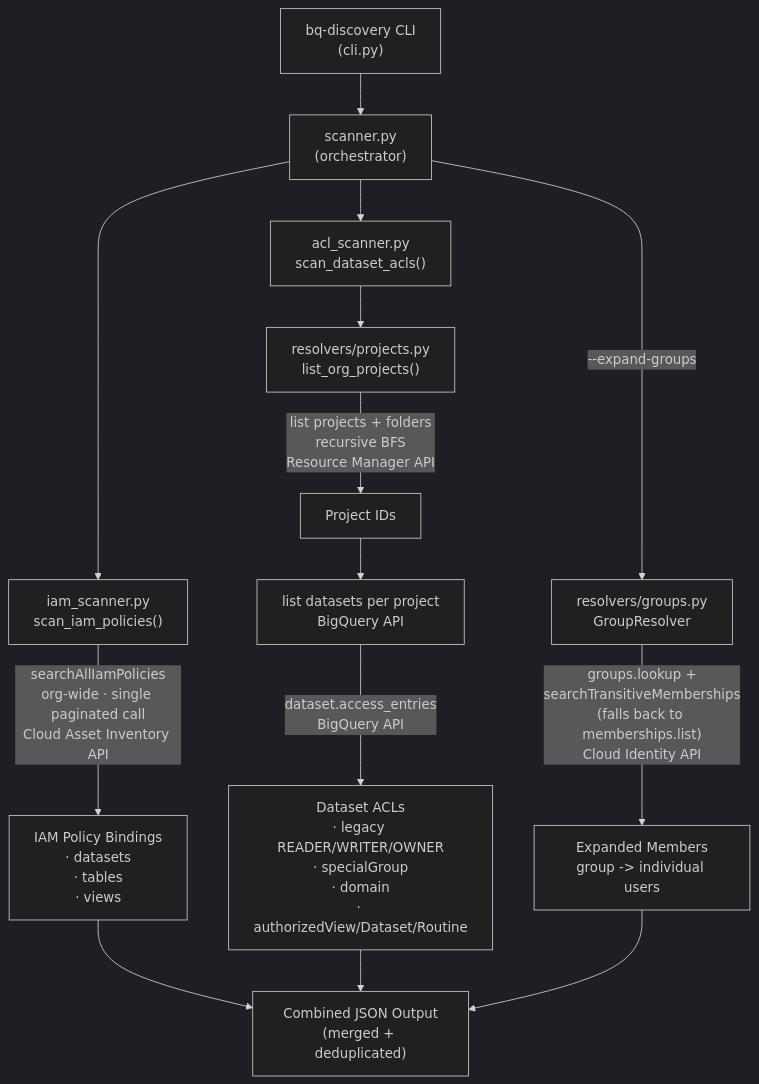
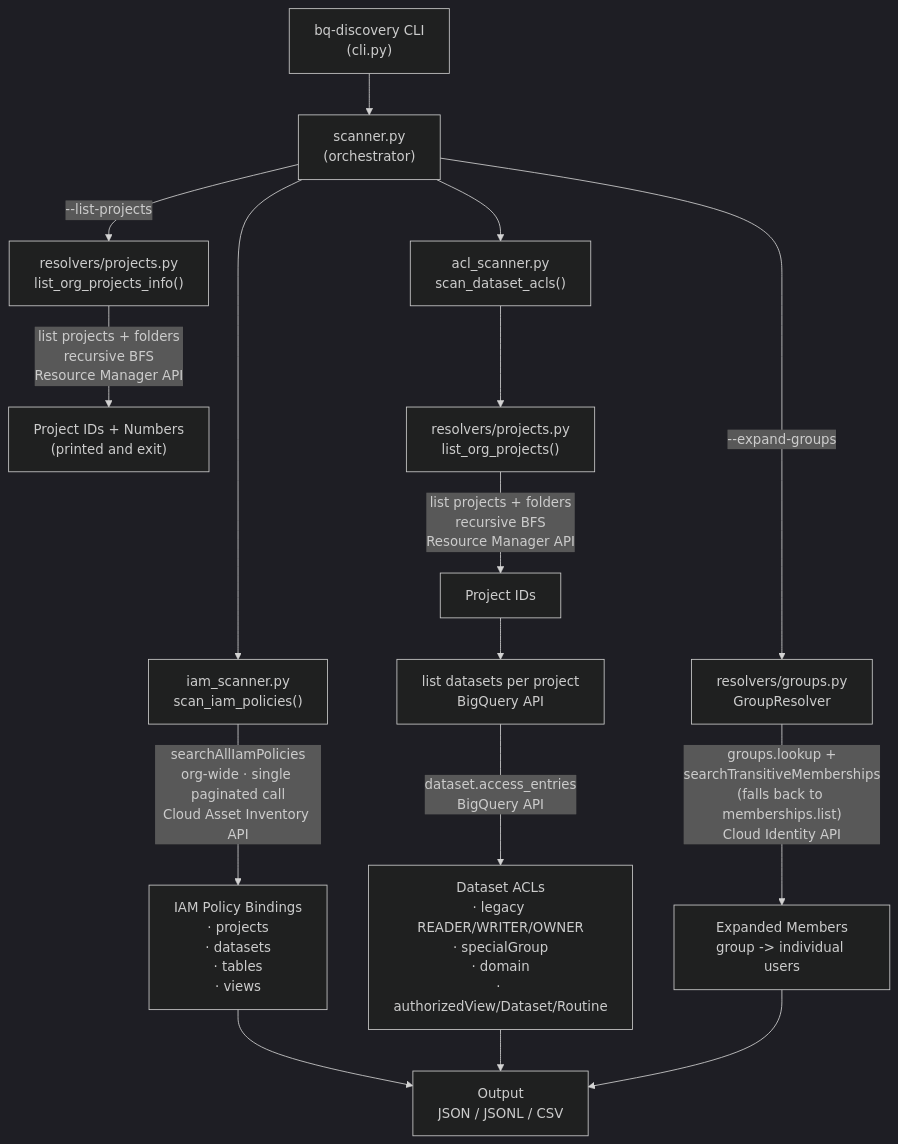
The diagram in bq_discovery/README.md (johanesalxd/random-stuff), drawn with Mermaid (dark theme) before and after one commit. The commit also changed other lines of this file and 5 other files, not shown here.

First line of the commit message:
feat: Add project-level IAM, --list-projects, and CSV/JSONL output

````diff
--- a/bq_discovery/README.md
+++ b/bq_discovery/README.md
@@ -15,21 +15,24 @@
 ```mermaid
 flowchart TD
     A["bq-discovery CLI<br/>(cli.py)"] --> B["scanner.py<br/>(orchestrator)"]
+
+    B -->|"--list-projects"| P["resolvers/projects.py<br/>list_org_projects_info()"]
+    P -->|"list projects + folders<br/>recursive BFS<br/>Resource Manager API"| Q["Project IDs + Numbers<br/>(printed and exit)"]
 
     B --> C["iam_scanner.py<br/>scan_iam_policies()"]
     B --> D["acl_scanner.py<br/>scan_dataset_acls()"]
     B -->|"--expand-groups"| E["resolvers/groups.py<br/>GroupResolver"]
 
-    C -->|"searchAllIamPolicies<br/>org-wide · single paginated call<br/>Cloud Asset Inventory API"| F["IAM Policy Bindings<br/>· datasets<br/>· tables<br/>· views"]
+    C -->|"searchAllIamPolicies<br/>org-wide · single paginated call<br/>Cloud Asset Inventory API"| F["IAM Policy Bindings<br/>· projects<br/>· datasets<br/>· tables<br/>· views"]
 
     D --> G["resolvers/projects.py<br/>list_org_projects()"]
     G -->|"list projects + folders<br/>recursive BFS<br/>Resource Manager API"| H["Project IDs"]
     H --> I["list datasets per project<br/>BigQuery API"]
     I -->|"dataset.access_entries<br/>BigQuery API"| J["Dataset ACLs<br/>· legacy READER/WRITER/OWNER<br/>· specialGroup<br/>· domain<br/>· authorizedView/Dataset/Routine"]
 
     E -->|"groups.lookup +<br/>searchTransitiveMemberships<br/>(falls back to memberships.list)<br/>Cloud Identity API"| K["Expanded Members<br/>group -> individual users"]
 
-    F --> L["Combined JSON Output<br/>(merged + deduplicated)"]
+    F --> L["Output<br/>JSON / JSONL / CSV"]
     J --> L
     K --> L
 ```
````
